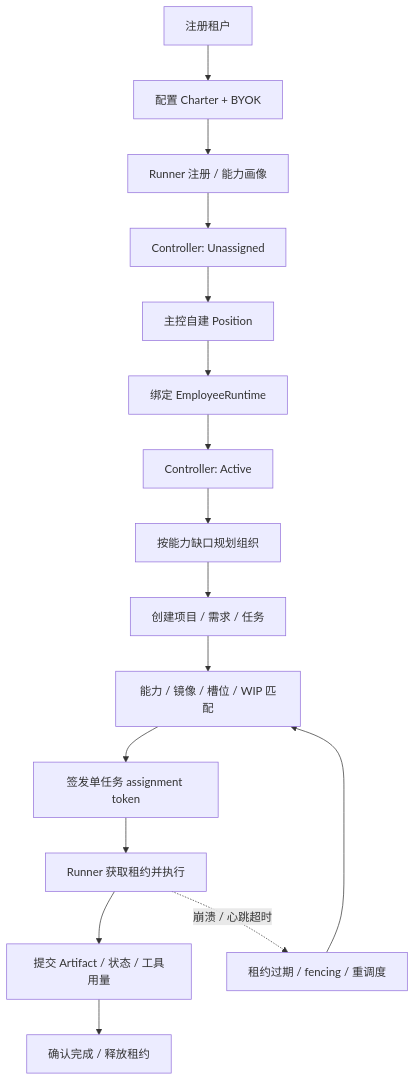
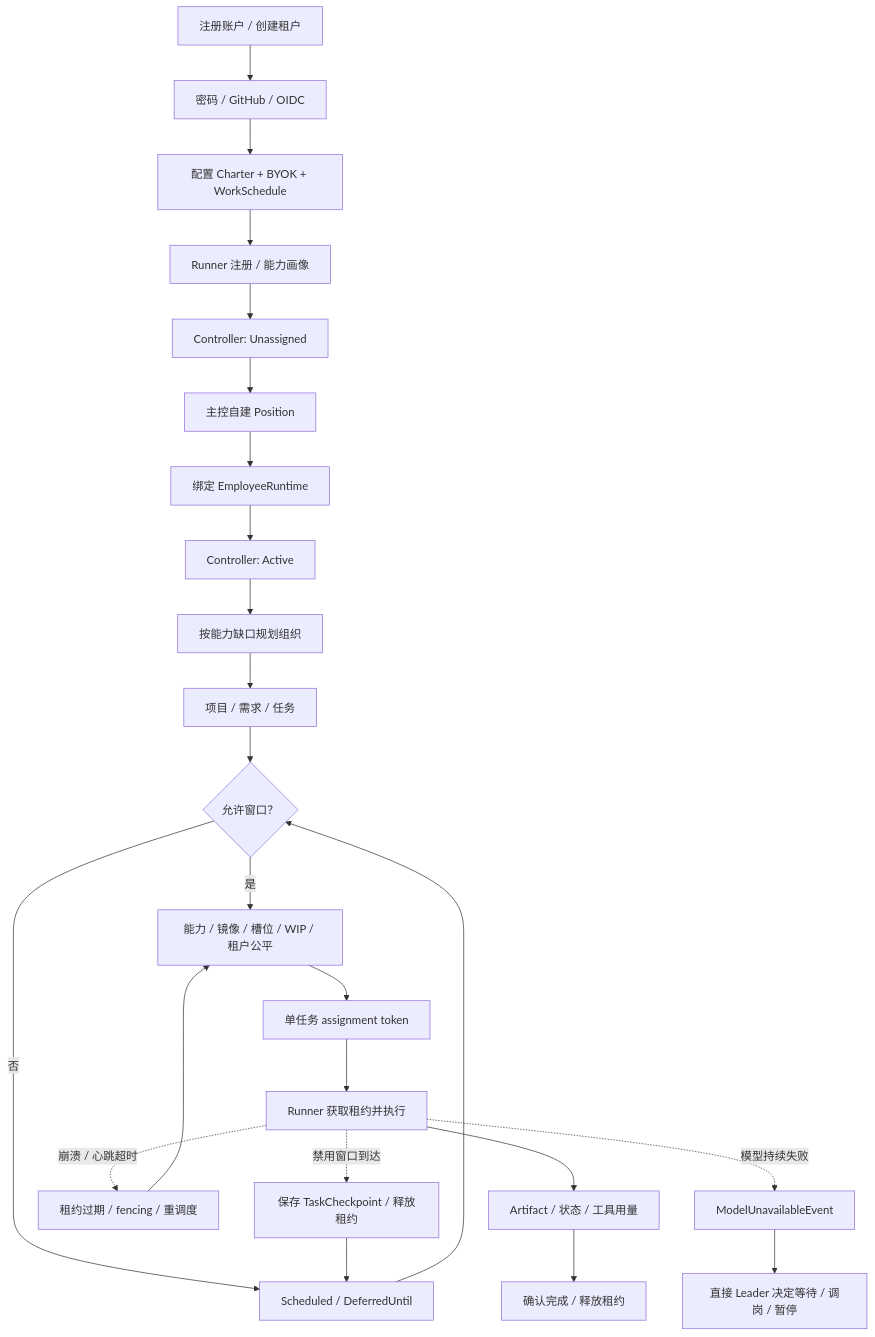
Before and after one commit to wosledon/regent-agent: the fifth of 10 diagrams in docs/Regent-Agent-架构流程图.md, drawn with Mermaid. The commit also changed other lines of this file, not shown here.

Commit message:
docs: refresh architecture diagrams for Q-027 through Q-052

````diff
--- a/docs/Regent-Agent-架构流程图.md
+++ b/docs/Regent-Agent-架构流程图.md
@@ -288,18 +328,26 @@
 ```mermaid
 flowchart TB
-    Register["注册租户"] --> Charter["配置 Charter + BYOK"]
+    Register["注册账户 / 创建租户"] --> Auth["密码 / GitHub / OIDC"]
+    Auth --> Charter["配置 Charter + BYOK + WorkSchedule"]
     Charter --> RunnerReg["Runner 注册 / 能力画像"]
-    RunnerReg --> Controller["Controller: Unassigned"]
-    Controller --> SelfPosition["主控自建 Position"]
+    RunnerReg --> Unassigned["Controller: Unassigned"]
+    Unassigned --> SelfPosition["主控自建 Position"]
     SelfPosition --> Bind["绑定 EmployeeRuntime"]
     Bind --> Active["Controller: Active"]
     Active --> Org["按能力缺口规划组织"]
-    Org --> Project["创建项目 / 需求 / 任务"]
-    Project --> Schedule["能力 / 镜像 / 槽位 / WIP 匹配"]
-    Schedule --> Token["签发单任务 assignment token"]
+    Org --> Project["项目 / 需求 / 任务"]
+    Project --> Window{"允许窗口？"}
+    Window -->|否| Deferred["Scheduled / DeferredUntil"]
+    Deferred --> Window
+    Window -->|是| Match["能力 / 镜像 / 槽位 / WIP / 租户公平"]
+    Match --> Token["单任务 assignment token"]
     Token --> Execute["Runner 获取租约并执行"]
-    Execute --> Report["提交 Artifact / 状态 / 工具用量"]
+    Execute --> Report["Artifact / 状态 / 工具用量"]
     Report --> Complete["确认完成 / 释放租约"]
     Execute -.->|崩溃 / 心跳超时| Recover["租约过期 / fencing / 重调度"]
-    Recover --> Schedule
+    Recover --> Match
+    Execute -.->|禁用窗口到达| Checkpoint["保存 TaskCheckpoint / 释放租约"]
+    Checkpoint --> Deferred
+    Execute -.->|模型持续失败| Unavailable["ModelUnavailableEvent"]
+    Unavailable --> Leader["直接 Leader 决定等待 / 调岗 / 暂停"]
 ```
````
